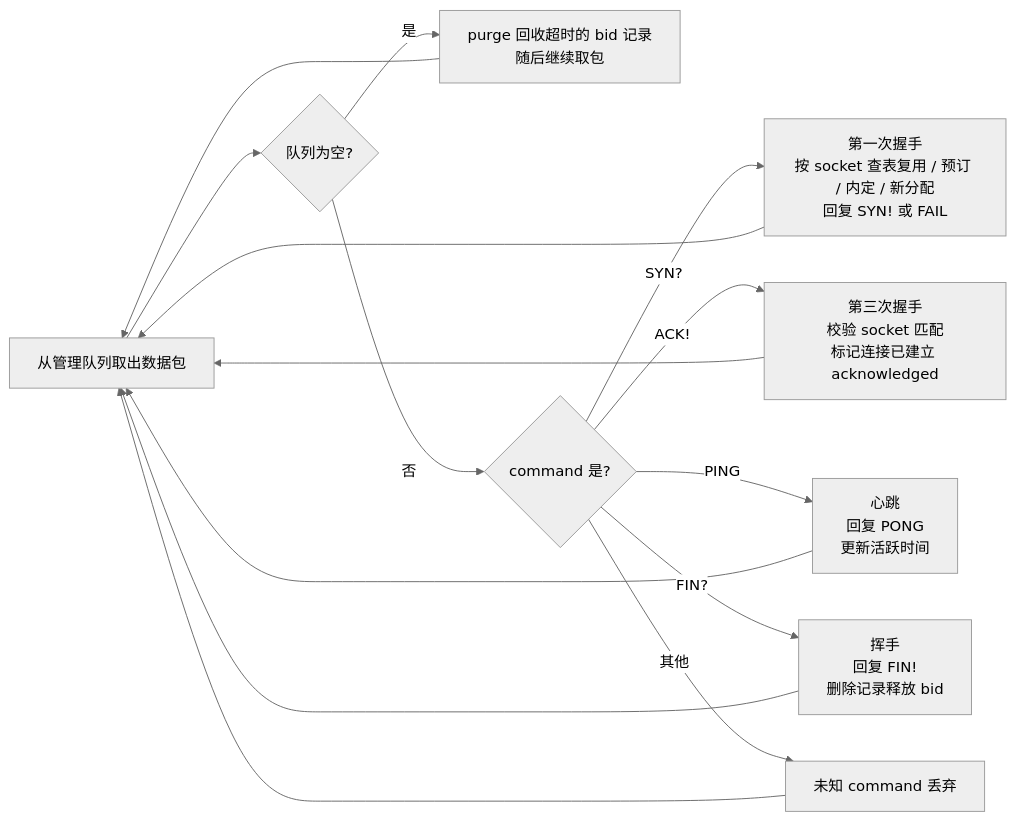
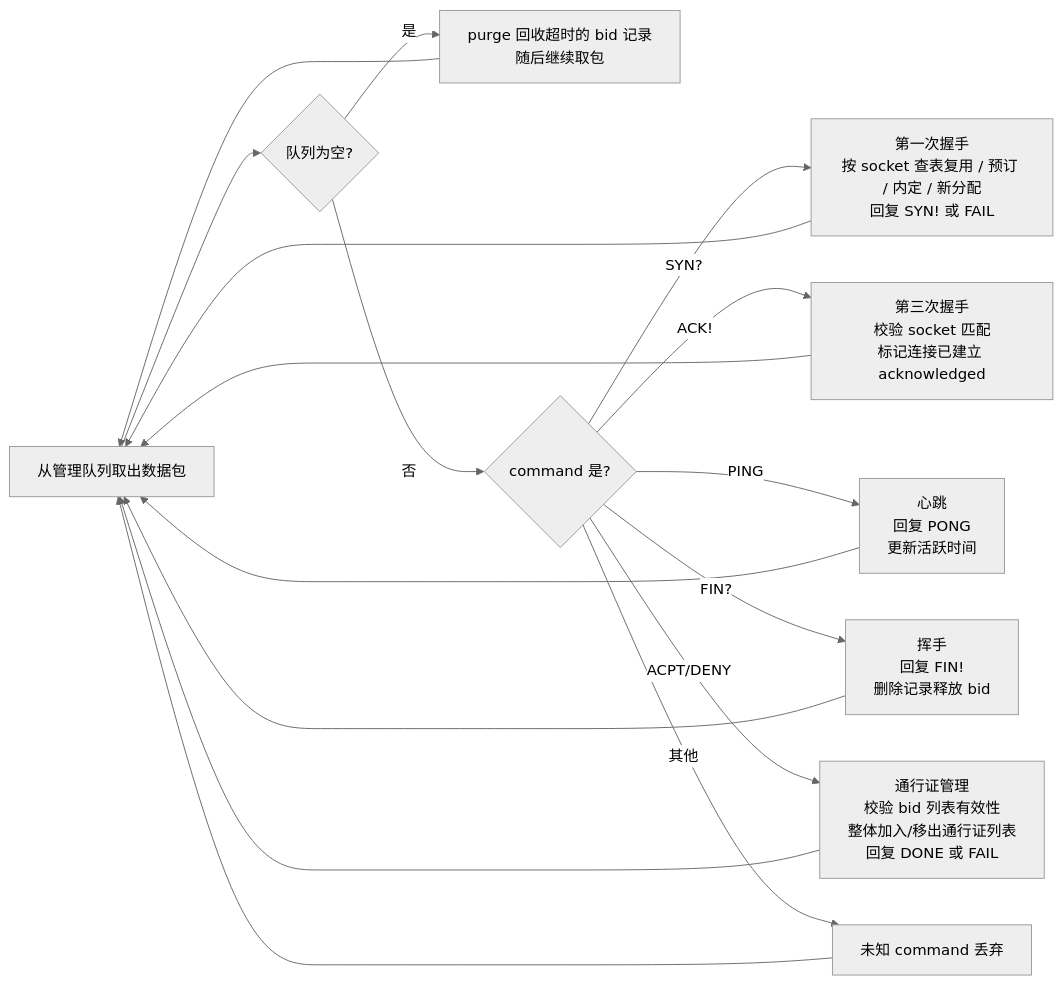
One commit to moky/magpie changed the fourth of 5 diagrams in docs/architecture.md. Above: the diagram before and after it, drawn with Mermaid (neutral theme). The commit also changed other lines of this file and 14 other files, not shown here.

````diff
--- a/docs/architecture.md
+++ b/docs/architecture.md
@@ -120,17 +120,19 @@
 ```mermaid
 flowchart LR
     IN[从管理队列取出数据包] --> EMPTY{队列为空?}
     EMPTY -- 是 --> PURGE[purge 回收超时的 bid 记录<br/>随后继续取包]
     PURGE --> IN
     EMPTY -- 否 --> CMD{command 是?}
     CMD -->|"SYN?"| H1[第一次握手<br/>按 socket 查表复用 / 预订 / 内定 / 新分配<br/>回复 SYN! 或 FAIL]
     CMD -->|"ACK!"| H3[第三次握手<br/>校验 socket 匹配<br/>标记连接已建立 acknowledged]
     CMD -->|"PING"| HB[心跳<br/>回复 PONG<br/>更新活跃时间]
     CMD -->|"FIN?"| FW[挥手<br/>回复 FIN!<br/>删除记录释放 bid]
+    CMD -->|ACPT/DENY| PS[通行证管理<br/>校验 bid 列表有效性<br/>整体加入/移出通行证列表<br/>回复 DONE 或 FAIL]
     CMD -->|"其他"| DR[未知 command 丢弃]
     H1 --> IN
     H3 --> IN
     HB --> IN
     FW --> IN
+    PS --> IN
     DR --> IN
 ```
````
